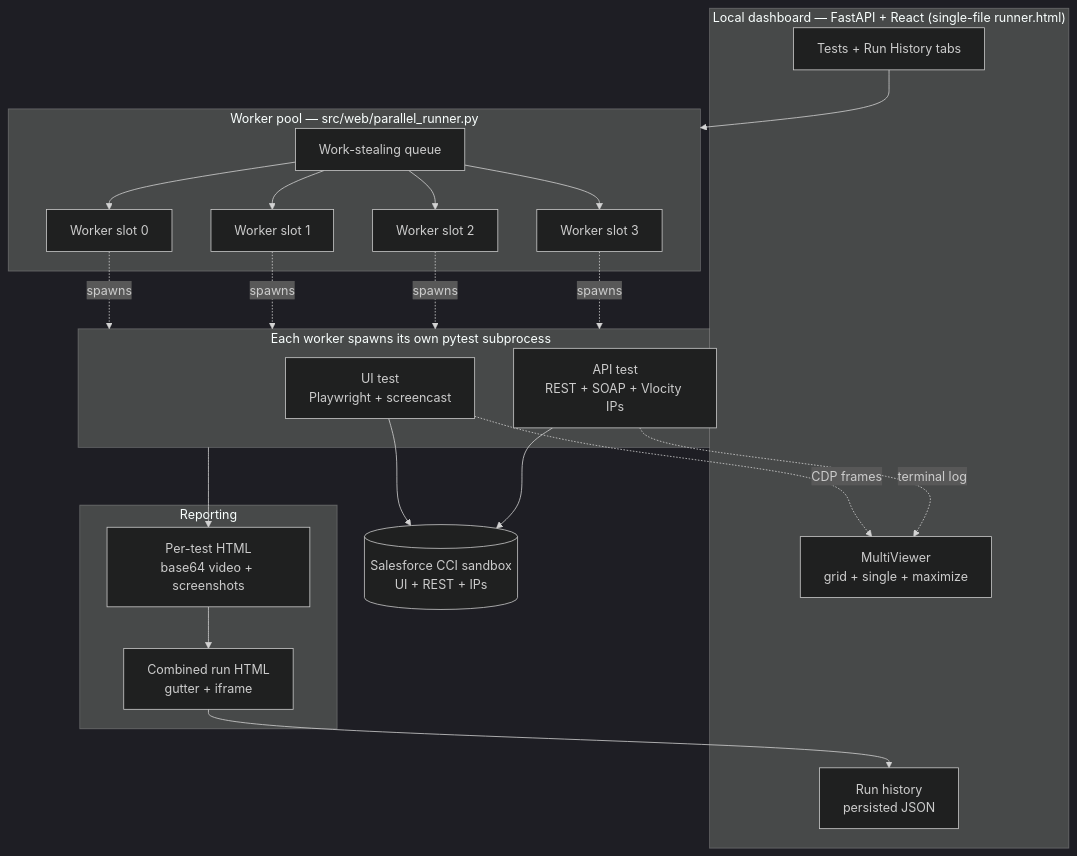
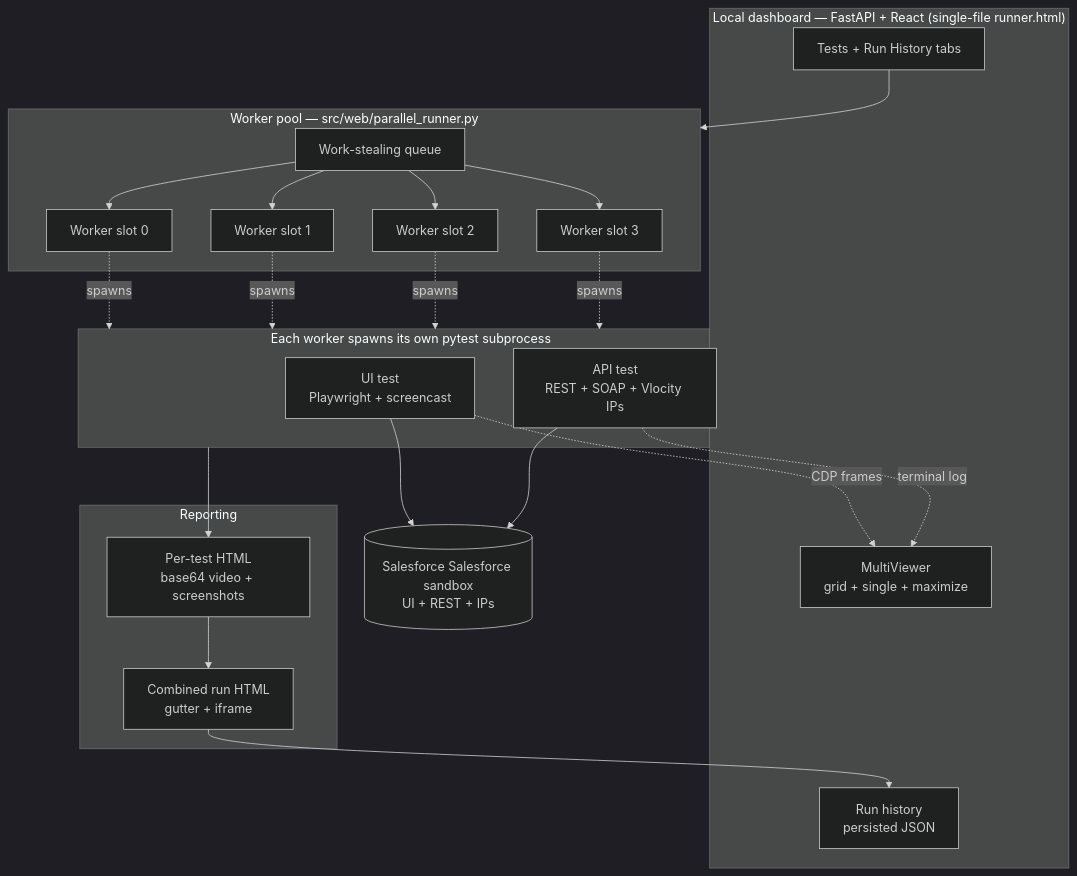
One commit to ashish5social/sfTestAuto changed the first of 3 diagrams in README.md. Above: the diagram before and after it, drawn with Mermaid (dark theme). The commit also changed other lines of this file and 1 other file, not shown here.

````diff
--- a/README.md
+++ b/README.md
@@ -377,42 +377,42 @@
 ```mermaid
 flowchart TB
     subgraph Dashboard["Local dashboard — FastAPI + React (single-file runner.html)"]
         UI[Tests + Run History tabs]
         MV[MultiViewer<br/>grid + single + maximize]
         Hist[Run history<br/>persisted JSON]
     end
 
     subgraph Pool["Worker pool — src/web/parallel_runner.py"]
         Q[Work-stealing queue]
         W0[Worker slot 0]
         W1[Worker slot 1]
         W2[Worker slot 2]
         W3[Worker slot 3]
     end
 
     subgraph Exec["Each worker spawns its own pytest subprocess"]
         UItest[UI test<br/>Playwright + screencast]
         APItest[API test<br/>REST + SOAP + Vlocity IPs]
     end
 
     subgraph Report["Reporting"]
         Per[Per-test HTML<br/>base64 video + screenshots]
         Comb[Combined run HTML<br/>gutter + iframe]
     end
 
-    SF[(Salesforce CCI sandbox<br/>UI + REST + IPs)]
+    SF[(Salesforce Salesforce sandbox<br/>UI + REST + IPs)]
 
     UI --> Pool
     Q --> W0 & W1 & W2 & W3
     W0 -.spawns.-> Exec
     W1 -.spawns.-> Exec
     W2 -.spawns.-> Exec
     W3 -.spawns.-> Exec
     UItest --> SF
     APItest --> SF
     UItest -. CDP frames .-> MV
     APItest -. terminal log .-> MV
     Exec --> Per
     Per --> Comb
     Comb --> Hist
 ```
````
